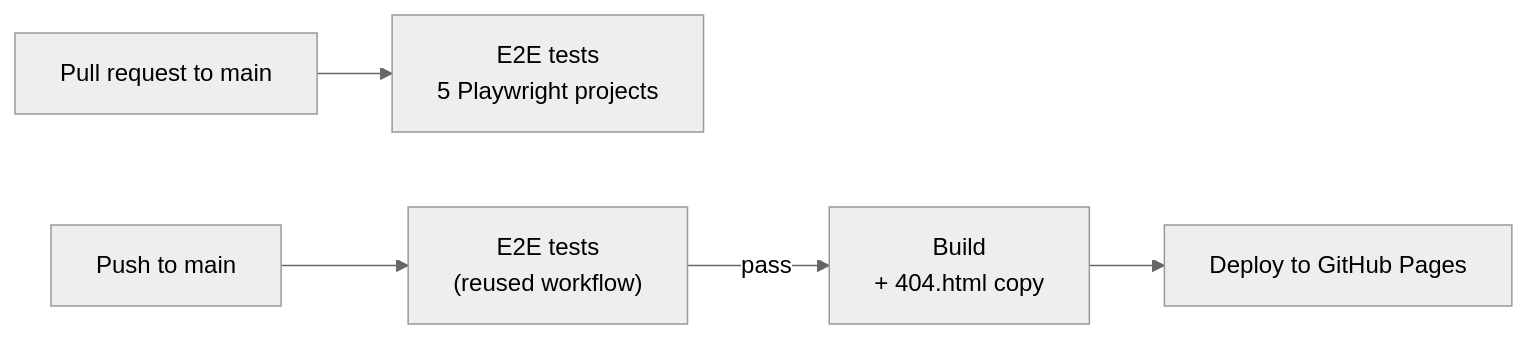
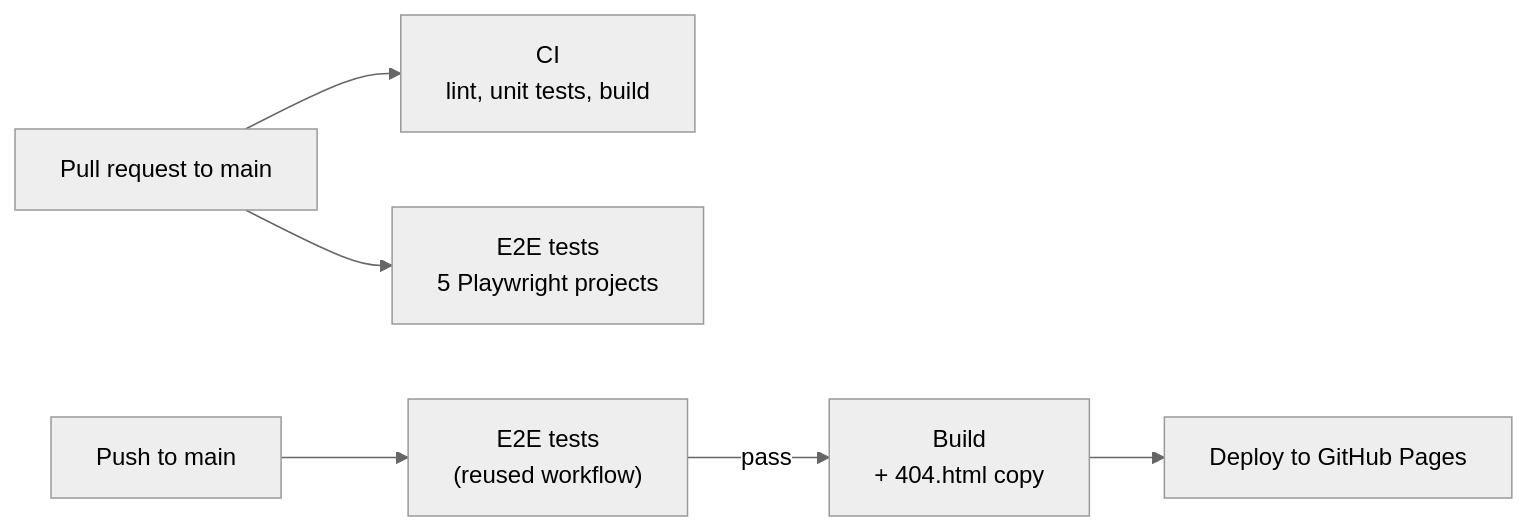
The third of 3 diagrams in README.md (Ghifariezra/portfolio), drawn with Mermaid (neutral theme) before and after one commit. The commit also changed other lines of this file, not shown here.

````diff
--- a/README.md
+++ b/README.md
@@ -297,7 +351,8 @@
 ```mermaid
 flowchart LR
-    PR["Pull request to main"] --> E2E["E2E tests<br/>5 Playwright projects"]
+    PR["Pull request to main"] --> CI["CI<br/>lint, unit tests, build"]
+    PR --> E2E["E2E tests<br/>5 Playwright projects"]
     Push["Push to main"] --> E2E2["E2E tests<br/>(reused workflow)"]
     E2E2 -->|"pass"| Build["Build<br/>+ 404.html copy"]
     Build --> Deploy["Deploy to GitHub Pages"]
 ```
````
